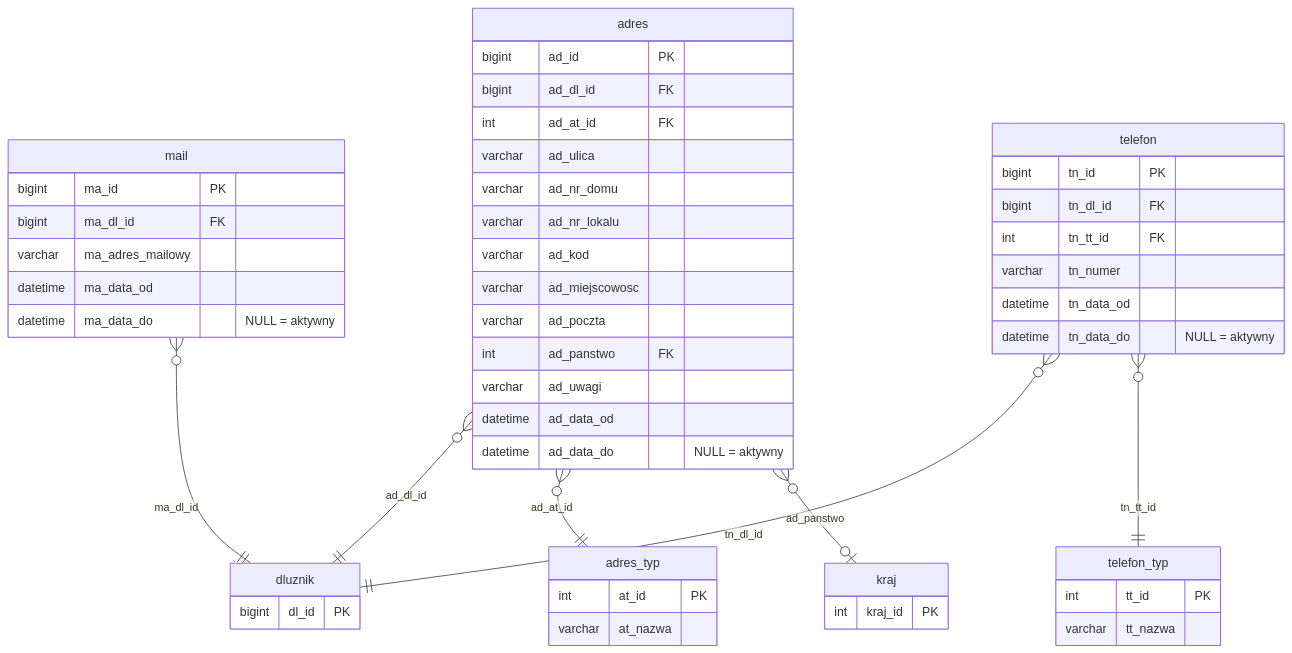
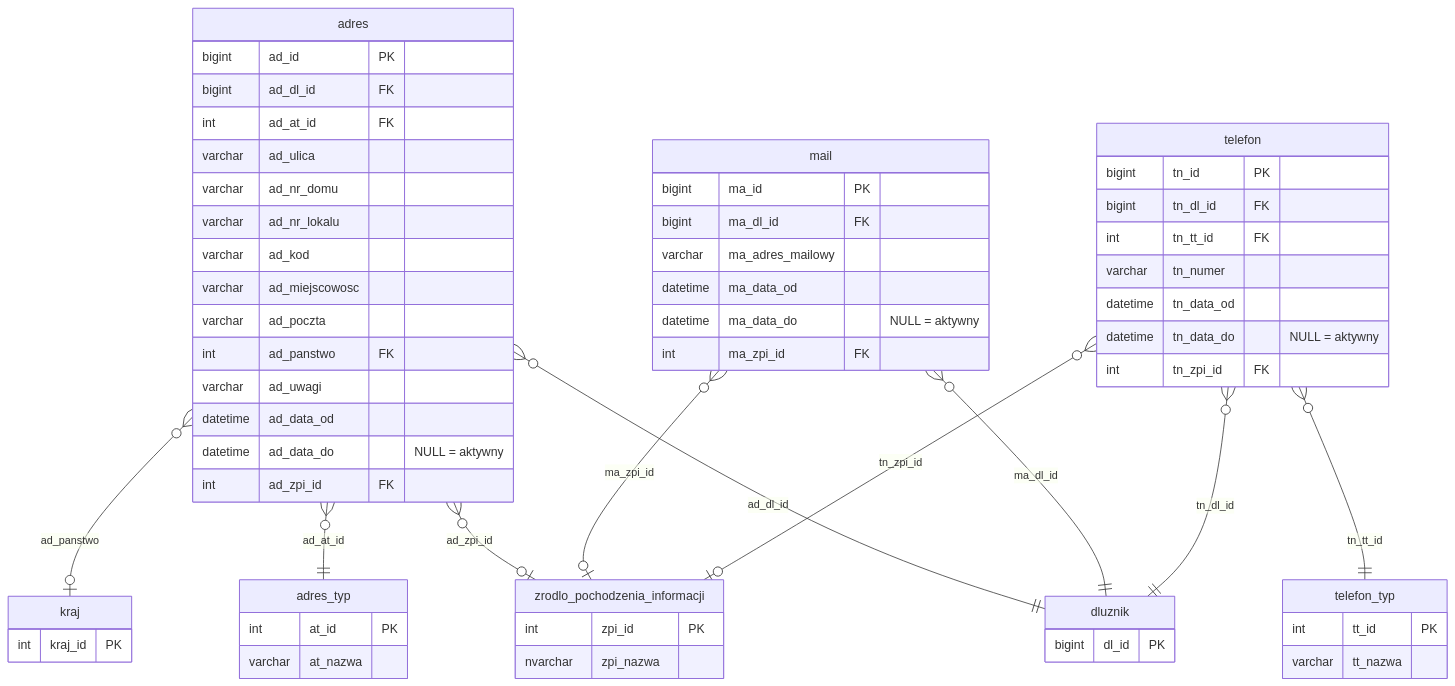
One commit to oskar-bialek-bakk/intrum-migration-docs changed the diagram in docs/struktura-stagingu/kontakty.md. Above: the diagram before and after it, drawn with Mermaid. The commit also changed other lines of this file and 7 other files, not shown here.

````diff
--- a/docs/struktura-stagingu/kontakty.md
+++ b/docs/struktura-stagingu/kontakty.md
@@ -25,60 +25,71 @@
 ```mermaid
 erDiagram
     dluznik {
         bigint  dl_id    PK
     }
 
     adres_typ {
         int     at_id    PK
         varchar at_nazwa
     }
 
     telefon_typ {
         int     tt_id    PK
         varchar tt_nazwa
     }
 
     kraj {
         int     kraj_id  PK
     }
 
+    zrodlo_pochodzenia_informacji {
+        int      zpi_id    PK
+        nvarchar zpi_nazwa
+    }
+
     adres {
         bigint   ad_id          PK
         bigint   ad_dl_id       FK
         int      ad_at_id       FK
         varchar  ad_ulica
         varchar  ad_nr_domu
         varchar  ad_nr_lokalu
         varchar  ad_kod
         varchar  ad_miejscowosc
         varchar  ad_poczta
         int      ad_panstwo  FK
         varchar  ad_uwagi
         datetime ad_data_od
         datetime ad_data_do            "NULL = aktywny"
+        int      ad_zpi_id      FK
     }
 
     mail {
         bigint   ma_id            PK
         bigint   ma_dl_id         FK
         varchar  ma_adres_mailowy
         datetime ma_data_od
         datetime ma_data_do            "NULL = aktywny"
+        int      ma_zpi_id        FK
     }
 
     telefon {
         bigint   tn_id    PK
         bigint   tn_dl_id FK
         int      tn_tt_id FK
         varchar  tn_numer
         datetime tn_data_od
         datetime tn_data_do            "NULL = aktywny"
+        int      tn_zpi_id FK
     }
 
     adres       }o--||  dluznik     : "ad_dl_id"
     adres       }o--||  adres_typ   : "ad_at_id"
     adres       }o--o|  kraj        : "ad_panstwo"
+    adres       }o--o|  zrodlo_pochodzenia_informacji : "ad_zpi_id"
     mail        }o--||  dluznik     : "ma_dl_id"
+    mail        }o--o|  zrodlo_pochodzenia_informacji : "ma_zpi_id"
     telefon     }o--||  dluznik     : "tn_dl_id"
     telefon     }o--||  telefon_typ : "tn_tt_id"
+    telefon     }o--o|  zrodlo_pochodzenia_informacji : "tn_zpi_id"
 ```
````
